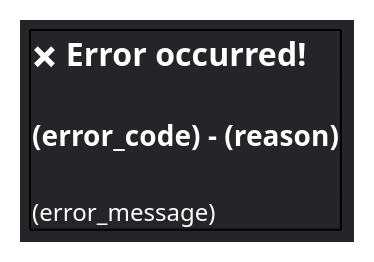
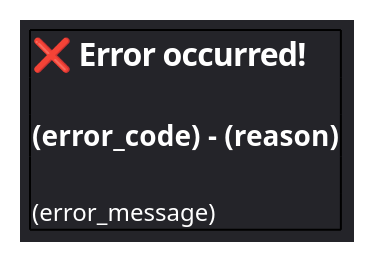
Before and after one commit to vnmc-ecosystem/vnmc-designs: the diagram in bot-ui/exception/exception.puml, drawn with PlantUML. The commit also changed 11 other files, not shown here.

```diff
--- a/bot-ui/exception/exception.puml
+++ b/bot-ui/exception/exception.puml
@@ -1,14 +1,14 @@
 @startsalt exception
 	<style>
 		saltDiagram {
 			BackgroundColor #242429
 		}
 	</style>
 	{+
-		== <color:#ffffff><&x> Error occurred!
+		== <color:#ffffff>❌ Error occurred!
 		.
 		=== <color:#ffffff>(error_code) - (reason)
 		.
 		<color:#ffffff>(error_message)
 	}
 @endsalt
```
